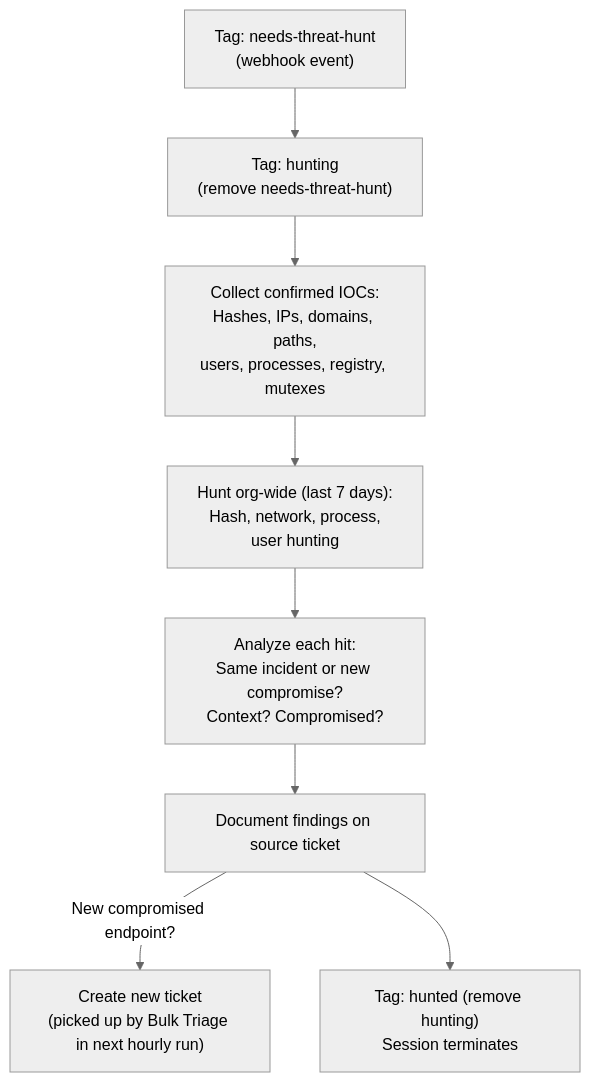
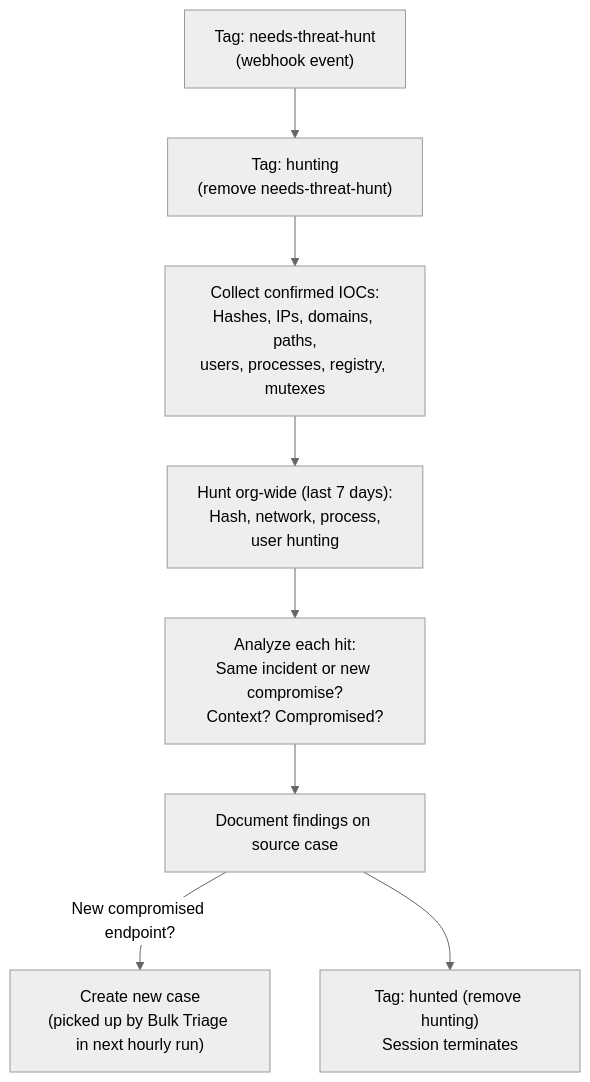
The diagram in lc-soc/baselining-soc/threat-hunter/README.md (refractionPOINT/lc-ai), drawn with Mermaid (neutral theme) before and after one commit. The commit also changed other lines of this file and 74 other files, not shown here.

First line of the commit message:
Rename ticket→case in AI agent configs

````diff
--- a/lc-soc/baselining-soc/threat-hunter/README.md
+++ b/lc-soc/baselining-soc/threat-hunter/README.md
@@ -7,10 +7,10 @@
 ```mermaid
 flowchart TD
     trigger["Tag: needs-threat-hunt<br/>(webhook event)"] --> tag["Tag: hunting<br/>(remove needs-threat-hunt)"]
     tag --> collect["Collect confirmed IOCs:<br/>Hashes, IPs, domains, paths,<br/>users, processes, registry, mutexes"]
     collect --> hunt["Hunt org-wide (last 7 days):<br/>Hash, network, process,<br/>user hunting"]
     hunt --> analyze["Analyze each hit:<br/>Same incident or new compromise?<br/>Context? Compromised?"]
-    analyze --> doc[Document findings on source ticket]
-    doc -->|New compromised endpoint?| newticket["Create new ticket<br/>(picked up by Bulk Triage in next hourly run)"]
+    analyze --> doc[Document findings on source case]
+    doc -->|New compromised endpoint?| newcase["Create new case<br/>(picked up by Bulk Triage in next hourly run)"]
     doc --> done["Tag: hunted (remove hunting)<br/>Session terminates"]
 ```
````
